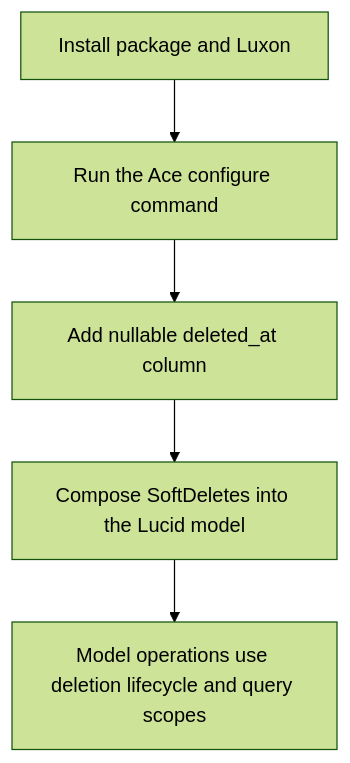
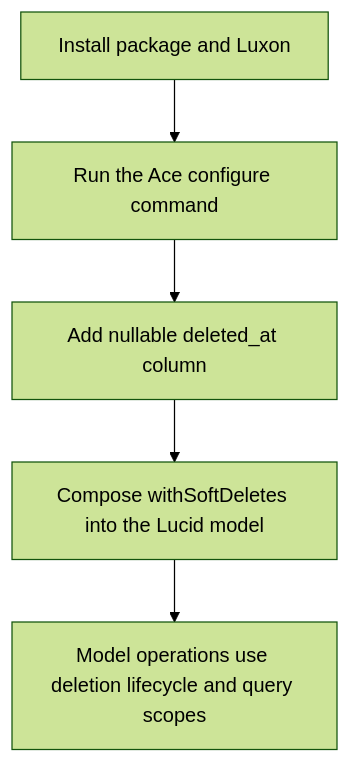
One commit to Kevinjohn/oss-adonisjs-lucid-soft-delete changed the first of 2 diagrams in user-stories/configure-package/us-dev-01-configure-package.md. Above: the diagram before and after it, drawn with Mermaid (forest theme). The commit also changed other lines of this file and 70 other files, not shown here.

````diff
--- a/user-stories/configure-package/us-dev-01-configure-package.md
+++ b/user-stories/configure-package/us-dev-01-configure-package.md
@@ -22,7 +22,7 @@
 ```mermaid
 flowchart TD
     A["Install package and Luxon"] --> B["Run the Ace configure command"]
     B --> C["Add nullable deleted_at column"]
-    C --> D["Compose SoftDeletes into the Lucid model"]
+    C --> D["Compose withSoftDeletes into the Lucid model"]
     D --> E["Model operations use deletion lifecycle and query scopes"]
 ```
````
